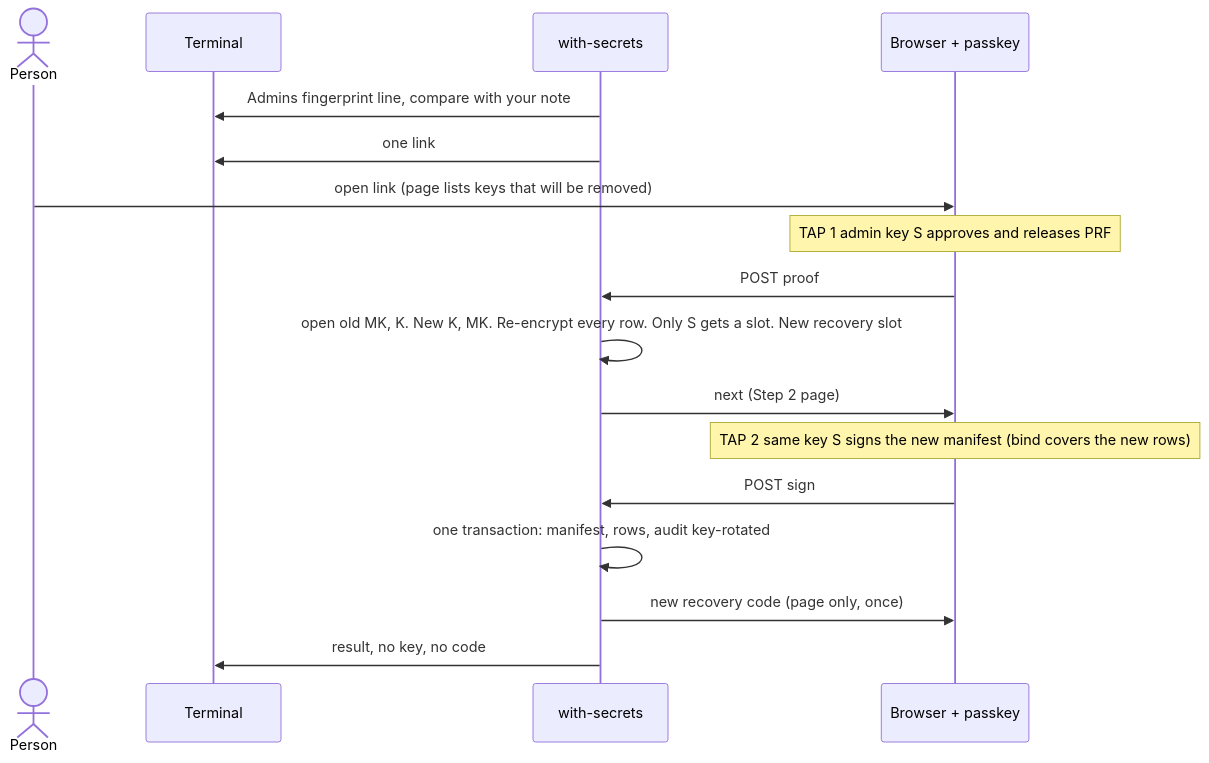
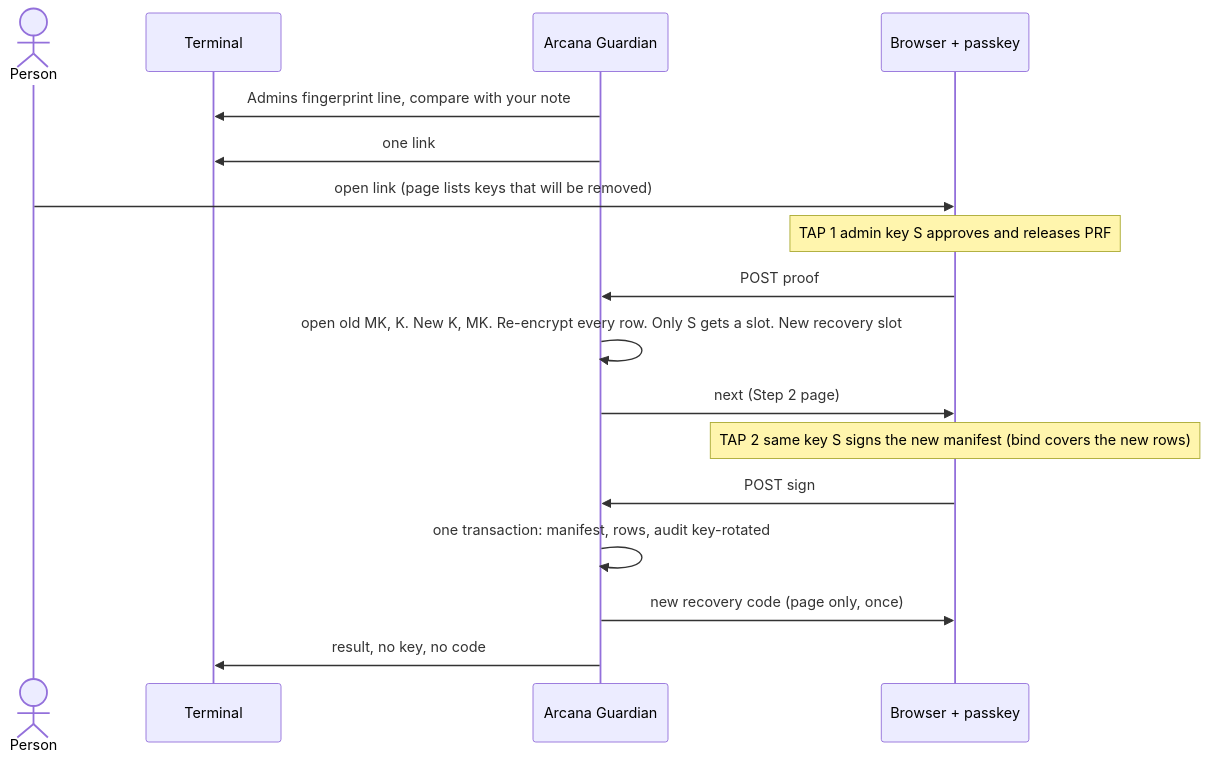
One commit to CodePenguin/with-secrets changed the seventh of 8 diagrams in docs/architecture.md. Above: the diagram before and after it, drawn with Mermaid. The commit also changed other lines of this file and 709 other files, not shown here.

Commit message:
Rename project to Arcana Guardian (#18)

````diff
--- a/docs/architecture.md
+++ b/docs/architecture.md
@@ -293,19 +293,19 @@
 ```mermaid
 sequenceDiagram
     actor P as Person
     participant T as Terminal
-    participant C as with-secrets
+    participant C as Arcana Guardian
     participant B as Browser + passkey
     C->>T: Admins fingerprint line, compare with your note
     C->>T: one link
     P->>B: open link (page lists keys that will be removed)
     Note over B: TAP 1 admin key S approves and releases PRF
     B->>C: POST proof
     C->>C: open old MK, K. New K, MK. Re-encrypt every row. Only S gets a slot. New recovery slot
     C->>B: next (Step 2 page)
     Note over B: TAP 2 same key S signs the new manifest (bind covers the new rows)
     B->>C: POST sign
     C->>C: one transaction: manifest, rows, audit key-rotated
     C->>B: new recovery code (page only, once)
     C->>T: result, no key, no code
 ```
````
